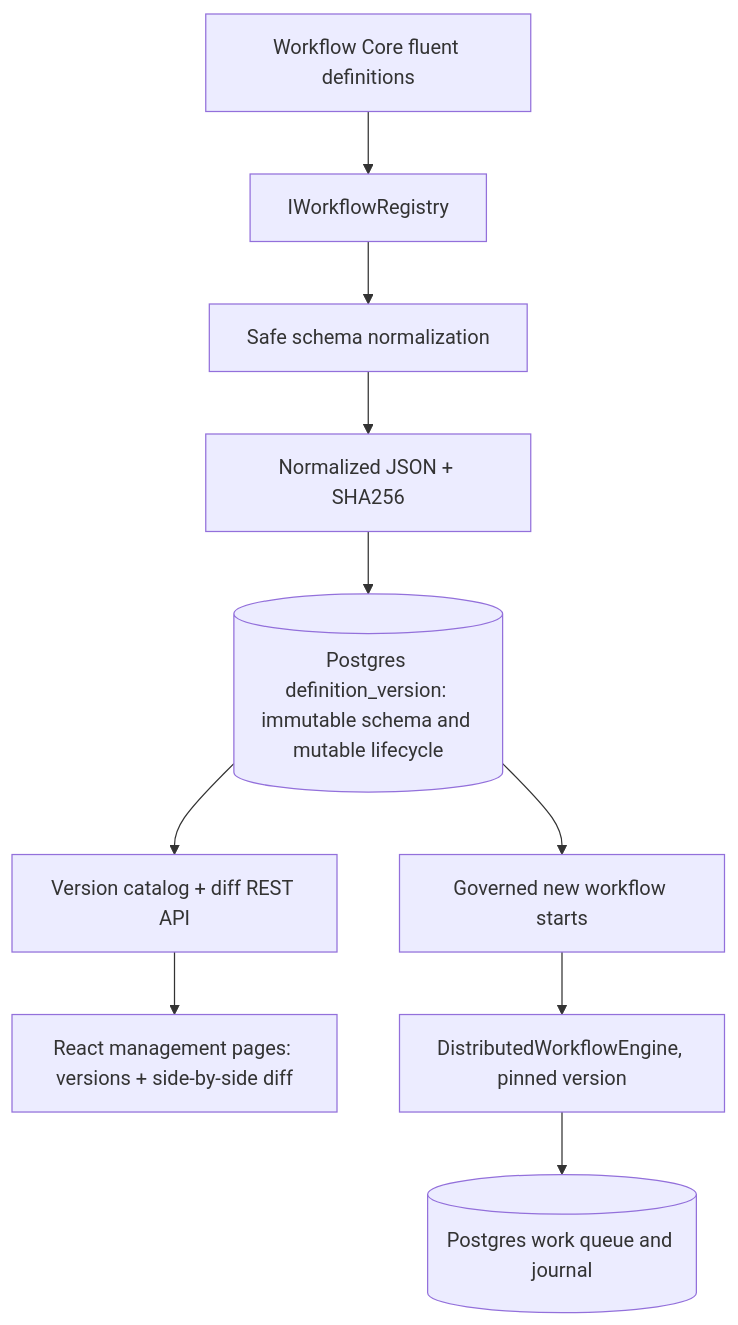
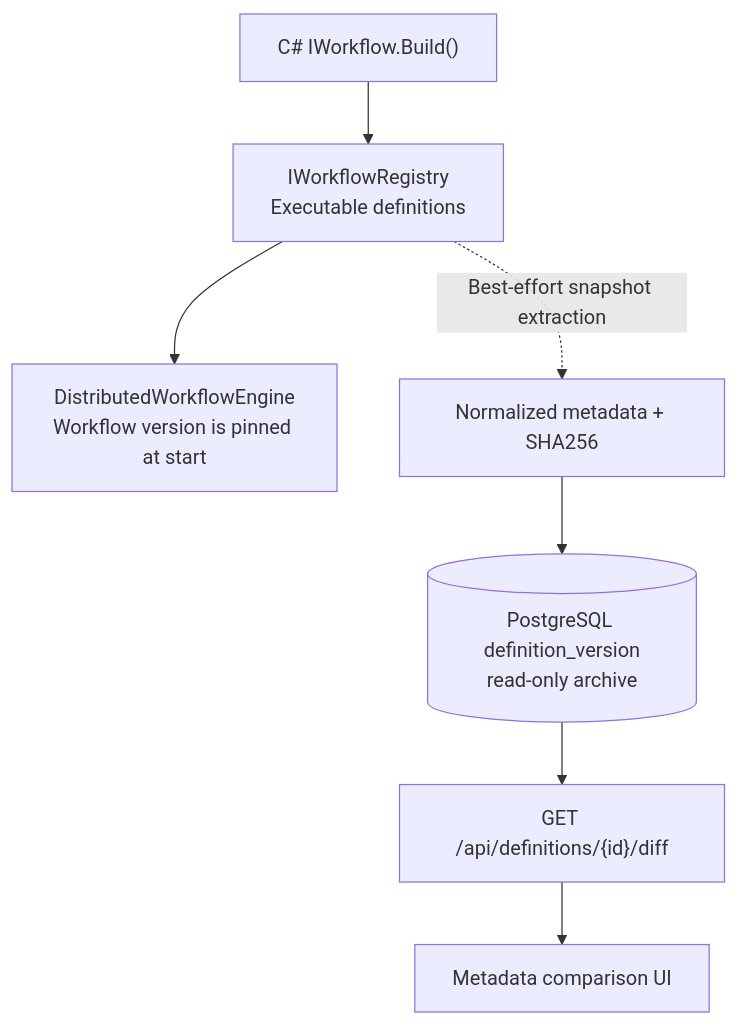
Before and after one commit to thanhhaictld/workflow-core: the diagram in scaling/docs/definition-version-management.md, drawn with Mermaid. The commit also changed other lines of this file, not shown here.

Commit message:
docs: clarify code-first runtime and read-only definition metadata review

```diff
--- a/scaling/docs/definition-version-management.md
+++ b/scaling/docs/definition-version-management.md
@@ -20,12 +17,12 @@
 ~~~mermaid
 flowchart TD
-  Code["Workflow Core fluent definitions"] --> Registry["IWorkflowRegistry"]
-  Registry --> Normalize["Safe schema normalization"]
-  Normalize --> SHA["Normalized JSON + SHA256"]
-  SHA --> DB[("Postgres definition_version: immutable schema and mutable lifecycle")]
-  DB --> API["Version catalog + diff REST API"]
-  API --> UI["React management pages: versions + side-by-side diff"]
-  DB --> Start["Governed new workflow starts"]
-  Start --> Worker["DistributedWorkflowEngine, pinned version"]
-  Worker --> Journal[("Postgres work queue and journal")]
+  CS["C# IWorkflow<TData>.Build()"] --> Registry["IWorkflowRegistry
+Executable definitions"]
+  Registry --> Runtime["DistributedWorkflowEngine
+Workflow version is pinned at start"]
+  Registry -. "Best-effort snapshot extraction" .-> Snapshot["Normalized metadata + SHA256"]
+  Snapshot --> Postgres[("PostgreSQL definition_version
+read-only archive")]
+  Postgres --> Diff["GET /api/definitions/{id}/diff"]
+  Diff --> UI["Metadata comparison UI"]
 ~~~
```
